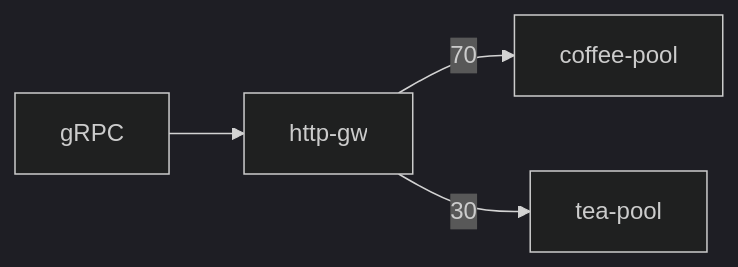
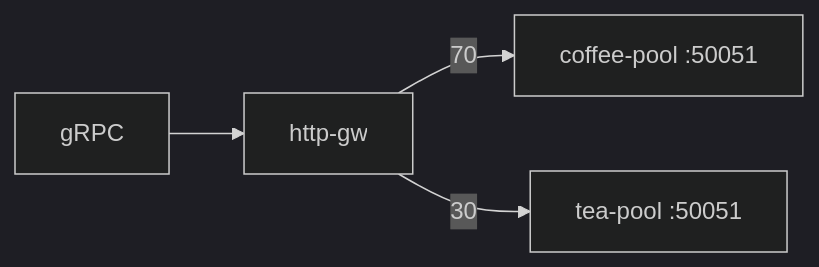
Before and after one commit to mink0119/2609_f5bnk: the diagram in Advanced_Feature/3.14_GRPCRoute_Weight/README.md, drawn with Mermaid (dark theme). The commit also changed other lines of this file and 80 other files, not shown here.

````diff
--- a/Advanced_Feature/3.14_GRPCRoute_Weight/README.md
+++ b/Advanced_Feature/3.14_GRPCRoute_Weight/README.md
@@ -5,6 +7,6 @@
 ```mermaid
 flowchart LR
   C[gRPC] --> GW[http-gw]
-  GW -->|70| P1[coffee-pool]
-  GW -->|30| P2[tea-pool]
+  GW -->|70| P1[coffee-pool :50051]
+  GW -->|30| P2[tea-pool :50051]
 ```
````
